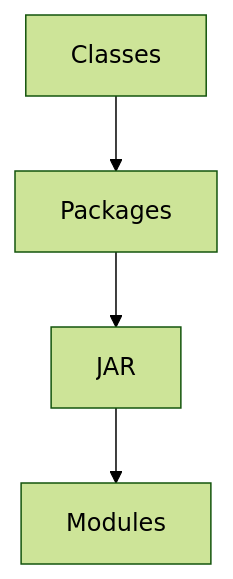
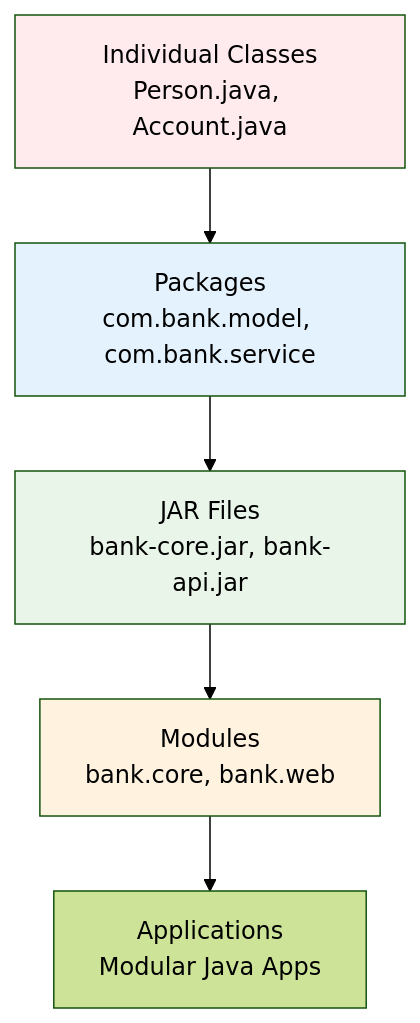
The first of 2 diagrams in src/content/tutorials/java-complete/java-complete-part-12.md (pc-eight-one/codersbox), drawn with Mermaid (forest theme) before and after one commit. The commit also changed other lines of this file and 43 other files, not shown here.

````diff
--- a/src/content/tutorials/java-complete/java-complete-part-12.md
+++ b/src/content/tutorials/java-complete/java-complete-part-12.md
@@ -21,6 +27,12 @@
 ```mermaid
 flowchart TD
-    A[Classes] --> B[Packages]
-    B --> C[JAR]
-    C --> D[Modules]
+    A[Individual Classes<br/>Person.java, Account.java] --> B[Packages<br/>com.bank.model, com.bank.service]
+    B --> C[JAR Files<br/>bank-core.jar, bank-api.jar]
+    C --> D[Modules<br/>bank.core, bank.web]
+    D --> E[Applications<br/>Modular Java Apps]
+    
+    style A fill:#ffebee
+    style B fill:#e3f2fd
+    style C fill:#e8f5e8
+    style D fill:#fff3e0
 ```
````
